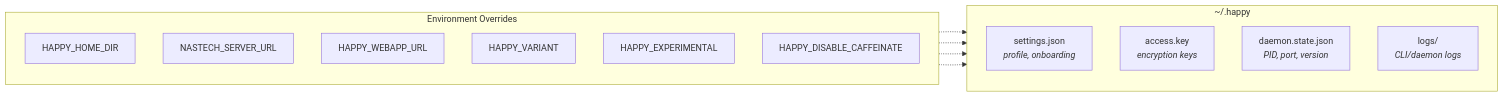
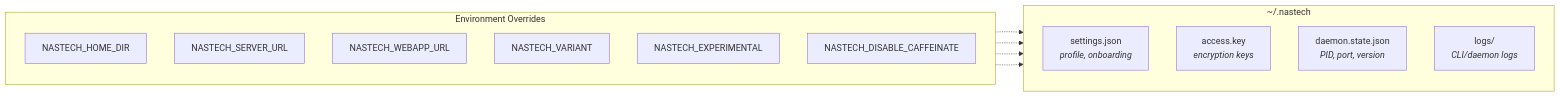
One commit to nastech-ai/nastech changed the third of 12 diagrams in docs/cli-architecture.md. Above: the diagram before and after it, drawn with Mermaid. The commit also changed other lines of this file and 177 other files, not shown here.

````diff
--- a/docs/cli-architecture.md
+++ b/docs/cli-architecture.md
@@ -81,22 +81,22 @@
 ```mermaid
 graph LR
-    subgraph "~/.happy"
+    subgraph "~/.nastech"
         direction TB
         settings["settings.json<br/><i>profile, onboarding</i>"]
         access["access.key<br/><i>encryption keys</i>"]
         daemon["daemon.state.json<br/><i>PID, port, version</i>"]
         logs["logs/<br/><i>CLI/daemon logs</i>"]
     end
 
     subgraph "Environment Overrides"
         direction TB
-        E1[HAPPY_HOME_DIR]
+        E1[NASTECH_HOME_DIR]
         E2[NASTECH_SERVER_URL]
-        E3[HAPPY_WEBAPP_URL]
-        E4[HAPPY_VARIANT]
-        E5[HAPPY_EXPERIMENTAL]
-        E6[HAPPY_DISABLE_CAFFEINATE]
+        E3[NASTECH_WEBAPP_URL]
+        E4[NASTECH_VARIANT]
+        E5[NASTECH_EXPERIMENTAL]
+        E6[NASTECH_DISABLE_CAFFEINATE]
     end
 
     E1 -.-> settings & access & daemon & logs
 ```
````
